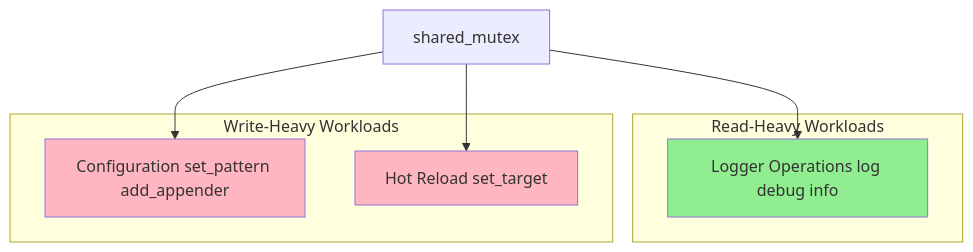
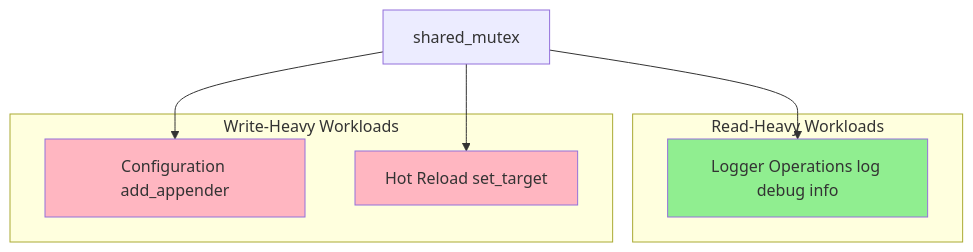
The eighth of 10 diagrams in docs/DESIGN.md (lwhttpdorg/log4cpp), drawn with Mermaid before and after one commit. The commit also changed other lines of this file and 20 other files, not shown here.

````diff
--- a/docs/DESIGN.md
+++ b/docs/DESIGN.md
@@ -613,19 +650,19 @@
 ```mermaid
 graph TB
     subgraph "Read-Heavy Workloads"
         A[Logger Operations log debug info]
     end
 
     subgraph "Write-Heavy Workloads"
-        B[Configuration set_pattern add_appender]
+        B[Configuration add_appender]
         C[Hot Reload set_target]
     end
 
     D[shared_mutex] --> A
     D[shared_mutex] --> B
     D[shared_mutex] --> C
 
     style A fill:#90EE90
     style B fill:#FFB6C1
     style C fill:#FFB6C1
 ```
````
